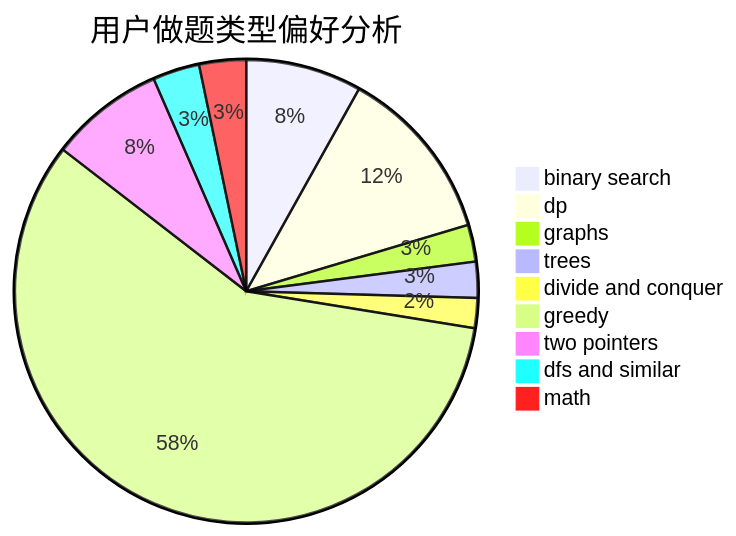
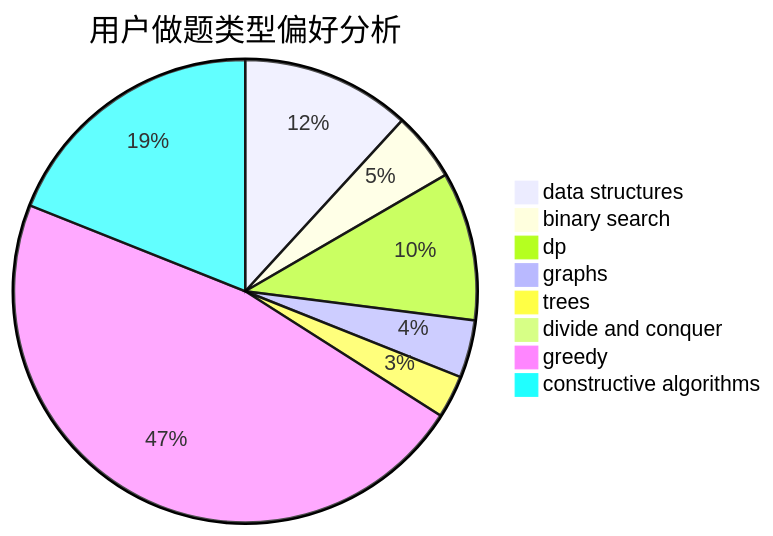
Before and after one commit to sherpahu/cfrs.github.io: the second of 3 diagrams in docs/user/u1598.md, drawn with Mermaid. The commit also changed other lines of this file and 2775 other files, not shown here.

````diff
--- a/docs/user/u1598.md
+++ b/docs/user/u1598.md
@@ -23,12 +23,11 @@
 ```mermaid
 pie title 用户做题类型偏好分析
-    "binary search" :  151
-    "dp" :  229
-    "graphs" :  48
-    "trees" :  47
-    "divide and conquer" :  39
-    "greedy" :  1080
-    "two pointers" :  149
-    "dfs and similar" :  61
-    "math" :  61
+    "data structures" :  91
+    "binary search" :  37
+    "dp" :  80
+    "graphs" :  31
+    "trees" :  23
+    "divide and conquer" :  0
+    "greedy" :  362
+    "constructive algorithms" :  146
 ```
````
